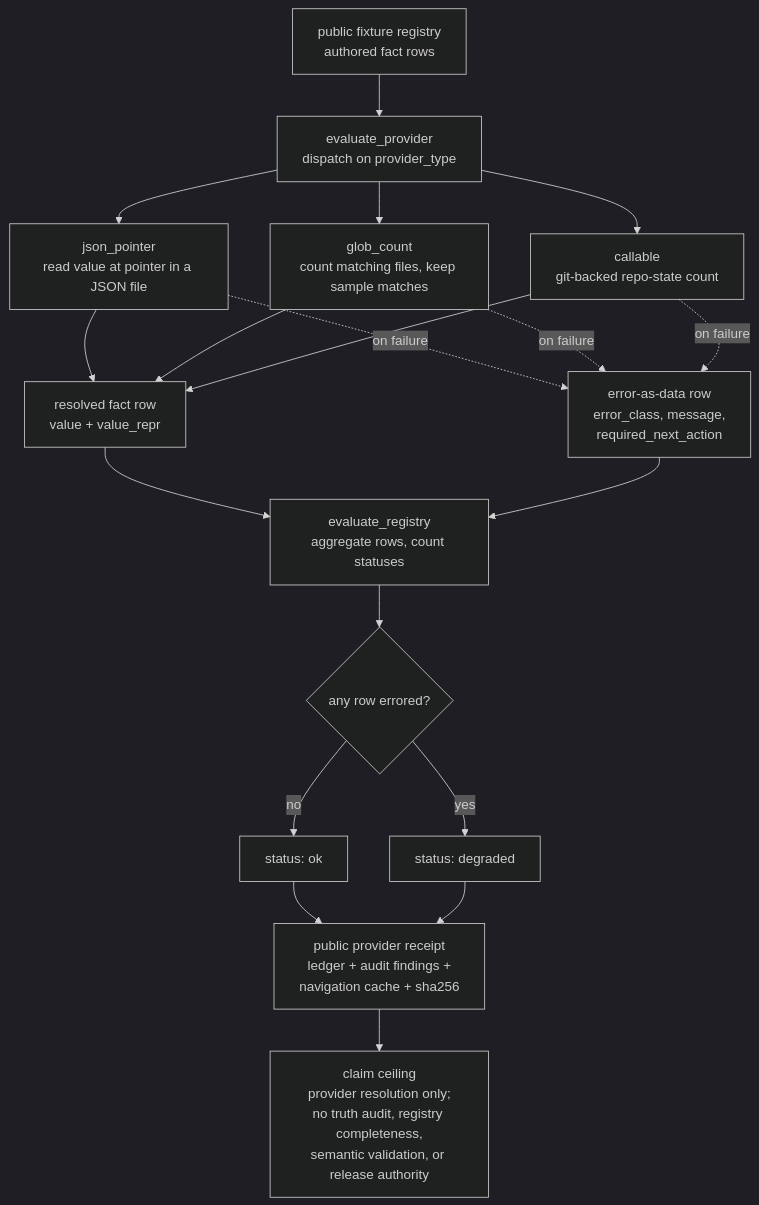
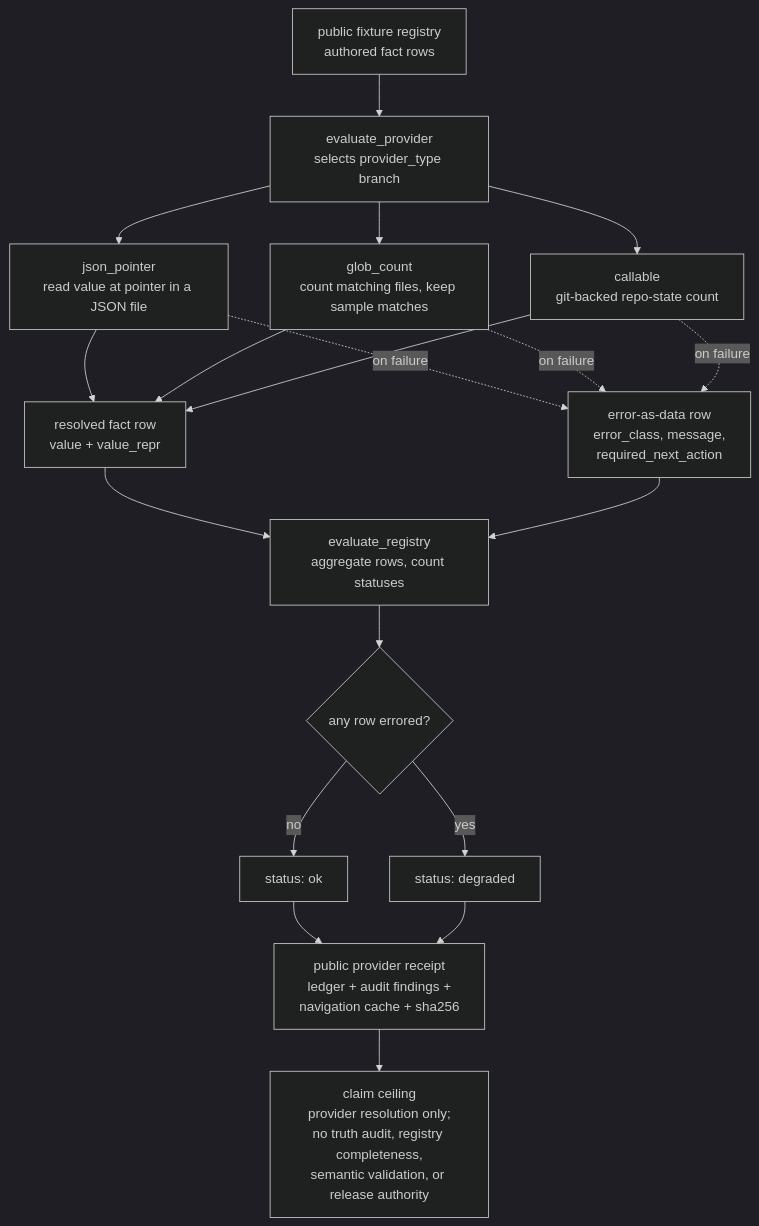
The diagram in paper_modules/engine_room_derived_fact_provider_engine.md (wcook04/plectis), drawn with Mermaid (dark theme) before and after one commit. The commit also changed 1 other file, not shown here.

Commit message:
Clean public firewall source copy

````diff
--- a/paper_modules/engine_room_derived_fact_provider_engine.md
+++ b/paper_modules/engine_room_derived_fact_provider_engine.md
@@ -49,35 +49,35 @@
 ```mermaid
 flowchart TD
   Registry["public fixture registry<br/>authored fact rows"]
-  Resolver["evaluate_provider<br/>dispatch on provider_type"]
+  Resolver["evaluate_provider<br/>selects provider_type branch"]
   JsonPointer["json_pointer<br/>read value at pointer in a JSON file"]
   GlobCount["glob_count<br/>count matching files, keep sample matches"]
   Callable["callable<br/>git-backed repo-state count"]
   Resolved["resolved fact row<br/>value + value_repr"]
   ErrorRow["error-as-data row<br/>error_class, message,<br/>required_next_action"]
   Registry2["evaluate_registry<br/>aggregate rows, count statuses"]
   Status{"any row errored?"}
   Ok["status: ok"]
   Degraded["status: degraded"]
   Receipt["public provider receipt<br/>ledger + audit findings +<br/>navigation cache + sha256"]
   Ceiling["claim ceiling<br/>provider resolution only;<br/>no truth audit, registry completeness,<br/>semantic validation, or release authority"]
 
   Registry --> Resolver
   Resolver --> JsonPointer
   Resolver --> GlobCount
   Resolver --> Callable
   JsonPointer --> Resolved
   GlobCount --> Resolved
   Callable --> Resolved
   JsonPointer -. on failure .-> ErrorRow
   GlobCount -. on failure .-> ErrorRow
   Callable -. on failure .-> ErrorRow
   Resolved --> Registry2
   ErrorRow --> Registry2
   Registry2 --> Status
   Status -- no --> Ok
   Status -- yes --> Degraded
   Ok --> Receipt
   Degraded --> Receipt
   Receipt --> Ceiling
 ```
````
